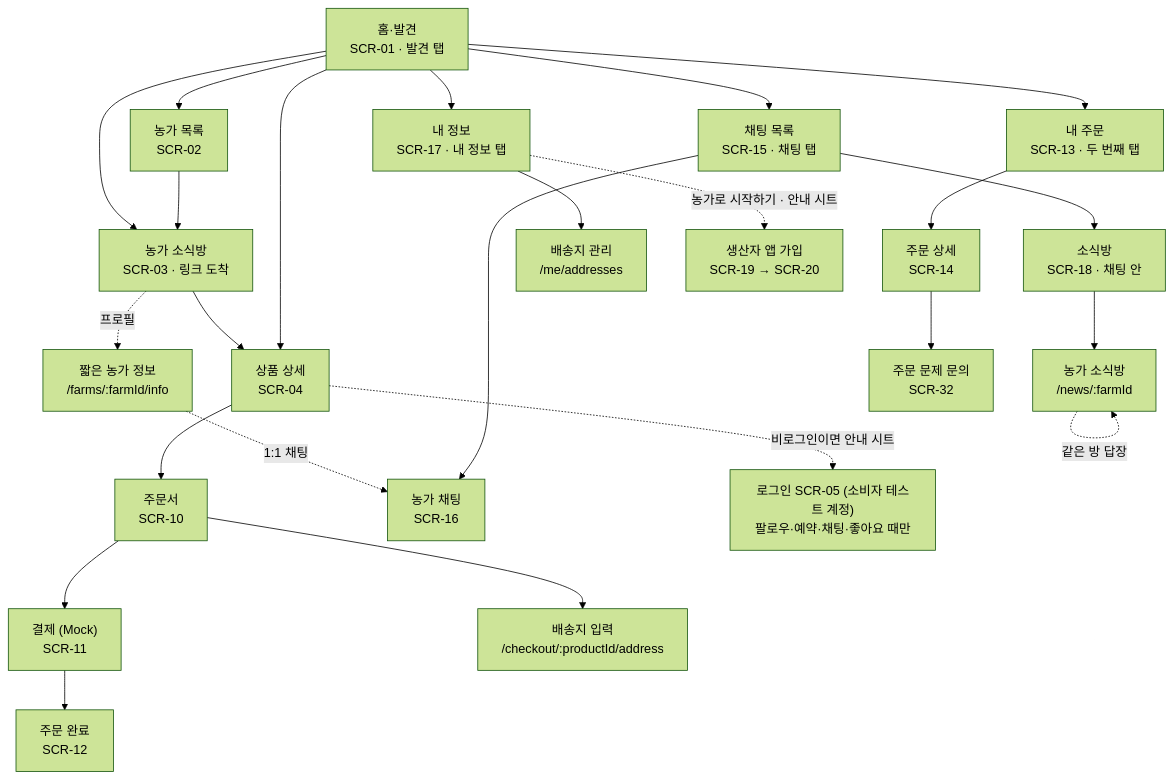
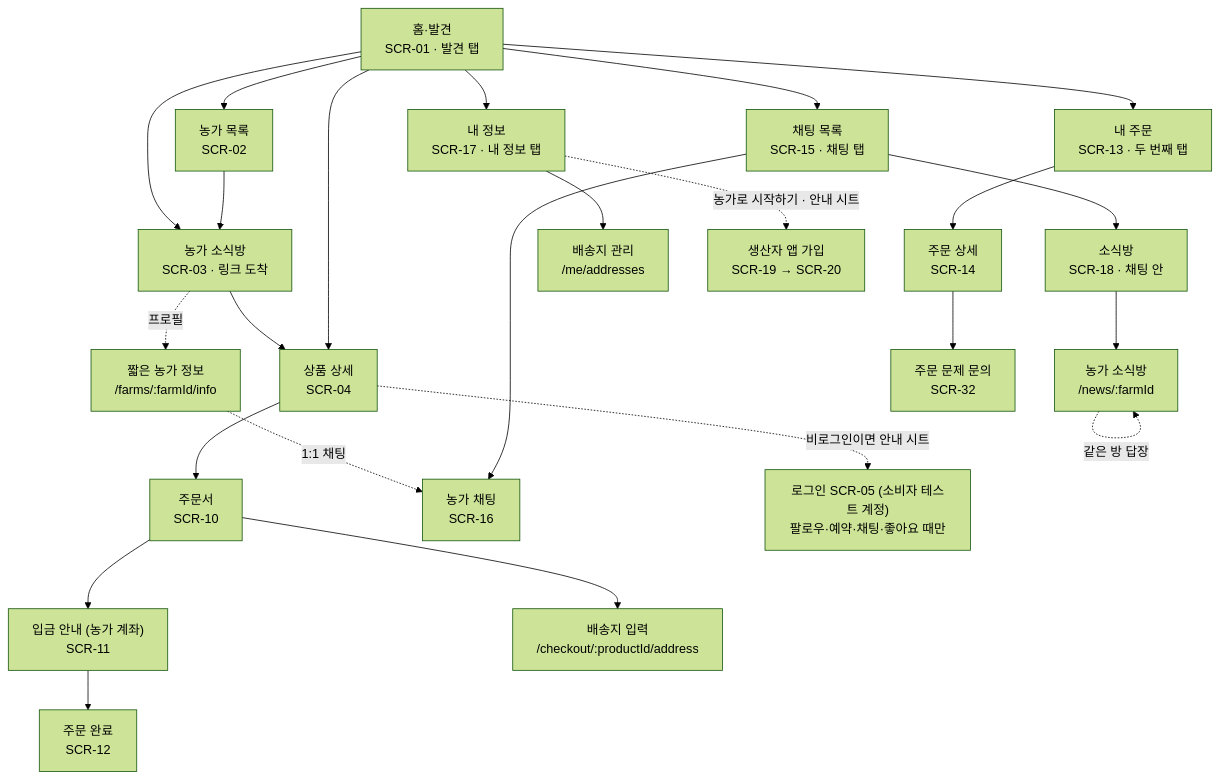
Before and after one commit to snuhcs-course/swpp-2026-project-team-06: the first of 4 diagrams in docs/spec/ia.md, drawn with Mermaid (forest theme). The commit also changed other lines of this file and 12 other files, not shown here.

````diff
--- a/docs/spec/ia.md
+++ b/docs/spec/ia.md
@@ -30,27 +30,27 @@
 ```mermaid
 flowchart TD
   home["홈·발견<br/>SCR-01 · 발견 탭"]
   home --> farms["농가 목록<br/>SCR-02"]
   chats --> news["소식방<br/>SCR-18 · 채팅 안"]
   home --> chats["채팅 목록<br/>SCR-15 · 채팅 탭"]
   home --> me["내 정보<br/>SCR-17 · 내 정보 탭"]
   farms --> farm["농가 소식방<br/>SCR-03 · 링크 도착"]
   home --> farm
   home --> product
   farm --> product["상품 상세<br/>SCR-04"]
   product --> checkout["주문서<br/>SCR-10"]
-  checkout --> pay["결제 (Mock)<br/>SCR-11"]
+  checkout --> pay["입금 안내 (농가 계좌)<br/>SCR-11"]
   pay --> done["주문 완료<br/>SCR-12"]
   chats --> chat["농가 채팅<br/>SCR-16"]
   room -. 같은 방 답장 .-> room
   farm -. 프로필 .-> info["짧은 농가 정보<br/>/farms/:farmId/info"]
   info -. 1:1 채팅 .-> chat
   home --> orders["내 주문<br/>SCR-13 · 두 번째 탭"]
   orders --> detail["주문 상세<br/>SCR-14"]
   detail --> inquiry["주문 문제 문의<br/>SCR-32"]
   news --> room["농가 소식방<br/>/news/:farmId"]
   me --> addresses["배송지 관리<br/>/me/addresses"]
   checkout --> address["배송지 입력<br/>/checkout/:productId/address"]
   product -. 비로그인이면 안내 시트 .-> login["로그인 SCR-05 (소비자 테스트 계정)<br/>팔로우·예약·채팅·좋아요 때만"]
   me -. 농가로 시작하기 · 안내 시트 .-> papp["생산자 앱 가입<br/>SCR-19 → SCR-20"]
 ```
````
